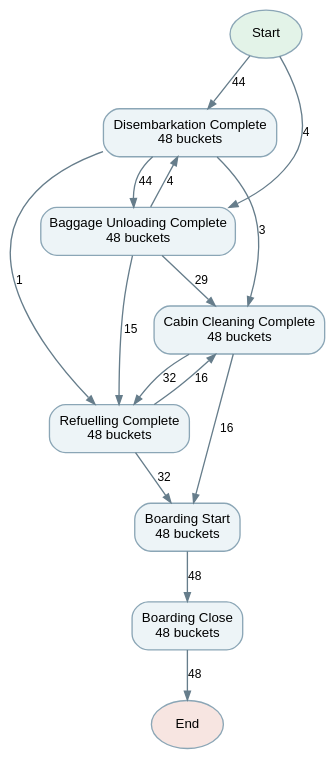
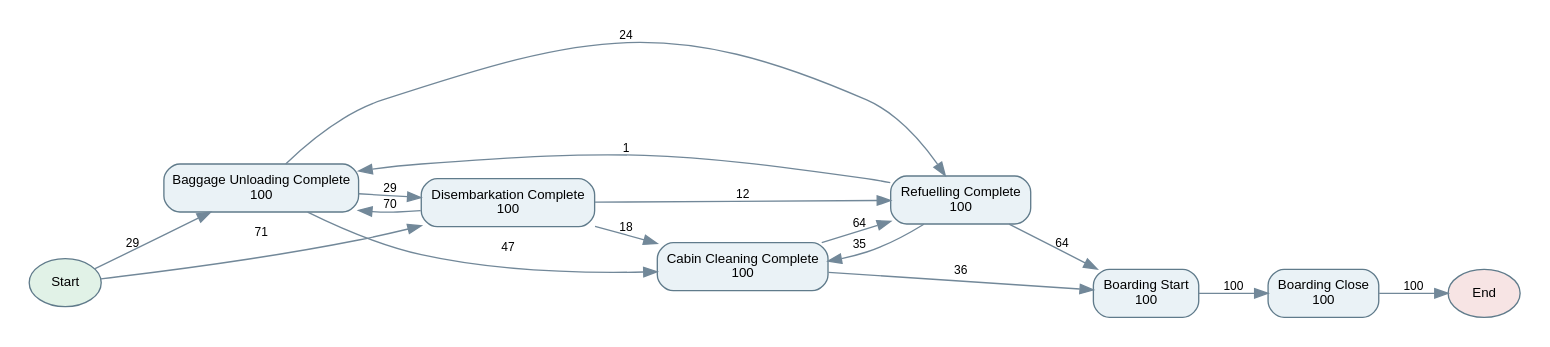
One commit to jiwonpark7913/NL2EVENTLOG changed the diagram in datasets/synthetic/airlineflow/gold/Q28/dfg.dot. Above: the diagram before and after it, drawn with Graphviz. The commit also changed 401 other files, not shown here.

```diff
--- a/datasets/synthetic/airlineflow/gold/Q28/dfg.dot
+++ b/datasets/synthetic/airlineflow/gold/Q28/dfg.dot
@@ -1,27 +1,25 @@
-digraph D {
-graph [rankdir=TB, bgcolor="transparent", pad=0.25, nodesep=0.35, ranksep=0.38];
-node [shape=box,style="rounded,filled",color="#8ba6b6",fillcolor="#edf4f7",fontname="Arial",fontsize=10];
-edge [color="#667d8b",fontname="Arial",fontsize=9,arrowsize=.65];
-start [shape=ellipse,label="Start",fillcolor="#e3f3e8"];
-end [shape=ellipse,label="End",fillcolor="#f7e5e1"];
-n0 [label="Disembarkation Complete\n48 buckets"];
-n1 [label="Baggage Unloading Complete\n48 buckets"];
-n2 [label="Refuelling Complete\n48 buckets"];
-n3 [label="Cabin Cleaning Complete\n48 buckets"];
-n4 [label="Boarding Start\n48 buckets"];
-n5 [label="Boarding Close\n48 buckets"];
-start -> n0 [label="44"];
-start -> n1 [label="4"];
-n1 -> n3 [label="29"];
-n1 -> n0 [label="4"];
-n1 -> n2 [label="15"];
-n4 -> n5 [label="48"];
-n3 -> n4 [label="16"];
-n3 -> n2 [label="32"];
-n0 -> n1 [label="44"];
-n0 -> n3 [label="3"];
-n0 -> n2 [label="1"];
-n2 -> n4 [label="32"];
-n2 -> n3 [label="16"];
-n5 -> end [label="48"];
+digraph G {
+rankdir=LR; graph [bgcolor="white",pad=0.2,nodesep=0.3,ranksep=0.5]; node [shape=box,style="rounded,filled",fillcolor="#eaf2f6",color="#607b8b",fontname="Arial",fontsize=10]; edge [color="#728899",fontname="Arial",fontsize=9];
+start [label="Start",shape=oval,fillcolor="#e1f2e7"]; end [label="End",shape=oval,fillcolor="#f7e4e4"];
+n0 [label="Baggage Unloading Complete\n100"];
+n1 [label="Boarding Close\n100"];
+n2 [label="Boarding Start\n100"];
+n3 [label="Cabin Cleaning Complete\n100"];
+n4 [label="Disembarkation Complete\n100"];
+n5 [label="Refuelling Complete\n100"];
+n0 -> n3 [label="47"];
+n0 -> n4 [label="29"];
+n0 -> n5 [label="24"];
+n1 -> end [label="100"];
+n2 -> n1 [label="100"];
+n3 -> n2 [label="36"];
+n3 -> n5 [label="64"];
+n4 -> n0 [label="70"];
+n4 -> n3 [label="18"];
+n4 -> n5 [label="12"];
+n5 -> n0 [label="1"];
+n5 -> n2 [label="64"];
+n5 -> n3 [label="35"];
+start -> n0 [label="29"];
+start -> n4 [label="71"];
 }
```
